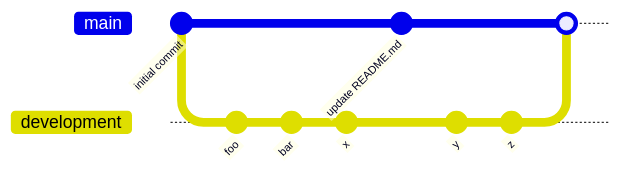
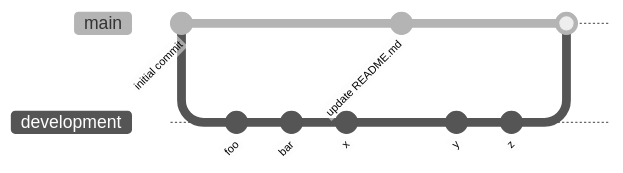
Before and after one commit to Laaouatni/Gcnc.svelte: the diagram in README.md, drawn with Mermaid.

````diff
--- a/README.md
+++ b/README.md
@@ -7,21 +7,22 @@
 ```mermaid
+%%{init: {'theme':'neutral'}}%%
 gitGraph
     commit id:"initial commit"
     
     branch development
     checkout development
 
         commit id: "foo"
         commit id: "bar"
         commit id: "x"
     
     checkout main
         commit id:"update README.md"
     checkout development
 
         commit id: "y"
         commit id: "z"
 
     checkout main
     merge development
 ```
````
